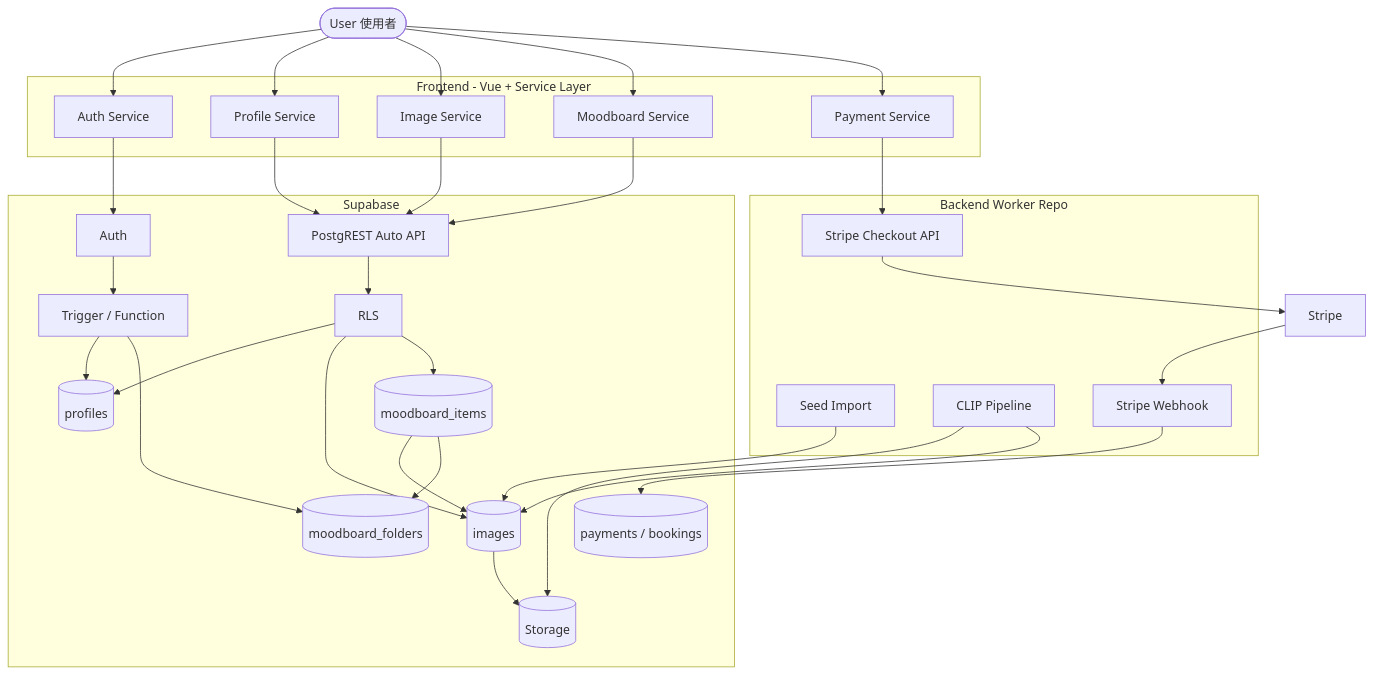
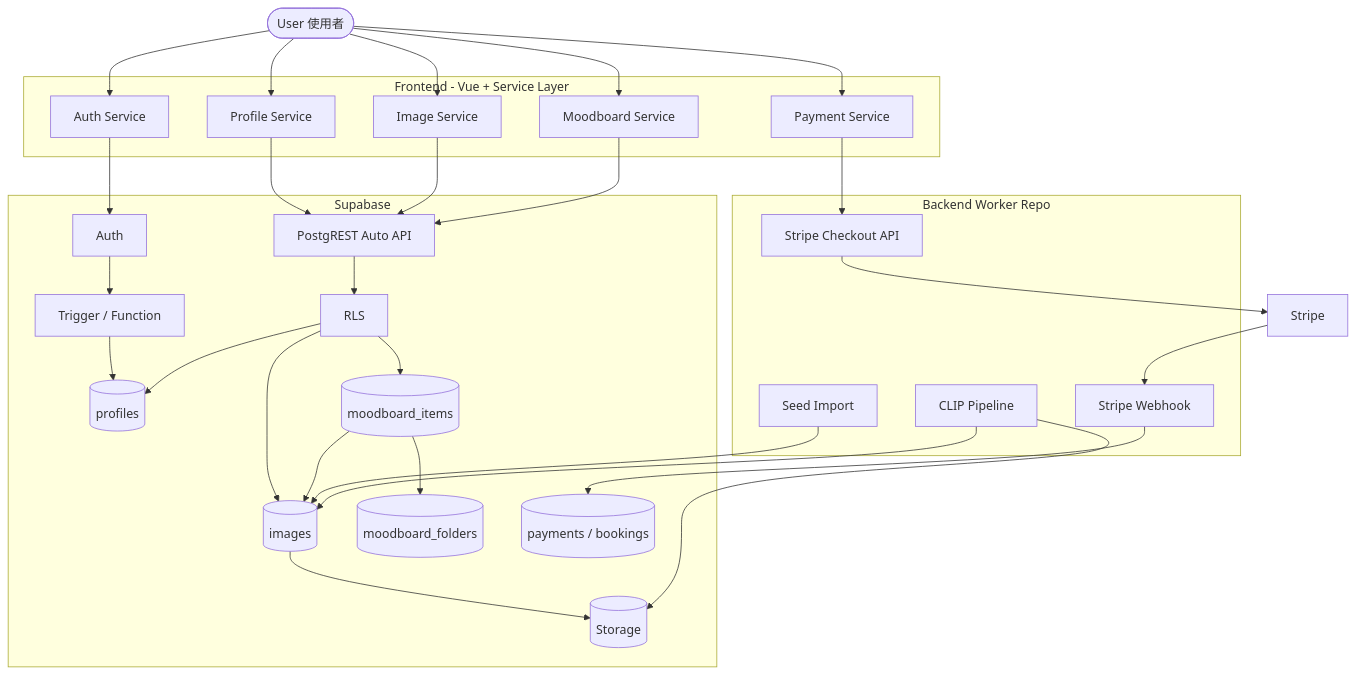
Before and after one commit to asterism-studio/asterism-backend: the first of 6 diagrams in docs/asterism-backend-flows.md, drawn with Mermaid. The commit also changed other lines of this file and 2 other files, not shown here.

````diff
--- a/docs/asterism-backend-flows.md
+++ b/docs/asterism-backend-flows.md
@@ -17,66 +17,64 @@
 ```mermaid
 flowchart TD
   User([User 使用者])
 
   subgraph FE[Frontend - Vue + Service Layer]
     AuthService[Auth Service]
     ProfileService[Profile Service]
     ImageService[Image Service]
     MoodboardService[Moodboard Service]
     PaymentService[Payment Service]
   end
 
   subgraph SB[Supabase]
     Auth[Auth]
     AutoApi[PostgREST Auto API]
     RLS[RLS]
     Profiles[(profiles)]
     Images[(images)]
     MoodboardFolders[(moodboard_folders)]
     MoodboardItems[(moodboard_items)]
     Payments[(payments / bookings)]
     DbLogic[Trigger / Function]
     Storage[(Storage)]
   end
 
   subgraph BE[Backend Worker Repo]
     Seed[Seed Import]
     Clip[CLIP Pipeline]
     CheckoutApi[Stripe Checkout API]
     Webhook[Stripe Webhook]
   end
 
   Stripe[Stripe]
 
   User --> AuthService
   AuthService --> Auth
   Auth --> DbLogic
   DbLogic --> Profiles
-  DbLogic --> MoodboardFolders
-
   User --> ProfileService
   ProfileService --> AutoApi
   AutoApi --> RLS
   RLS --> Profiles
 
   User --> ImageService
   ImageService --> AutoApi
   RLS --> Images
   Images --> Storage
 
   User --> MoodboardService
   MoodboardService --> AutoApi
   RLS --> MoodboardItems
   MoodboardItems --> Images
   MoodboardItems --> MoodboardFolders
 
   Seed --> Images
   Clip --> Storage
   Clip --> Images
 
   User --> PaymentService
   PaymentService --> CheckoutApi
   CheckoutApi --> Stripe
   Stripe --> Webhook
   Webhook --> Payments
 ```
````
